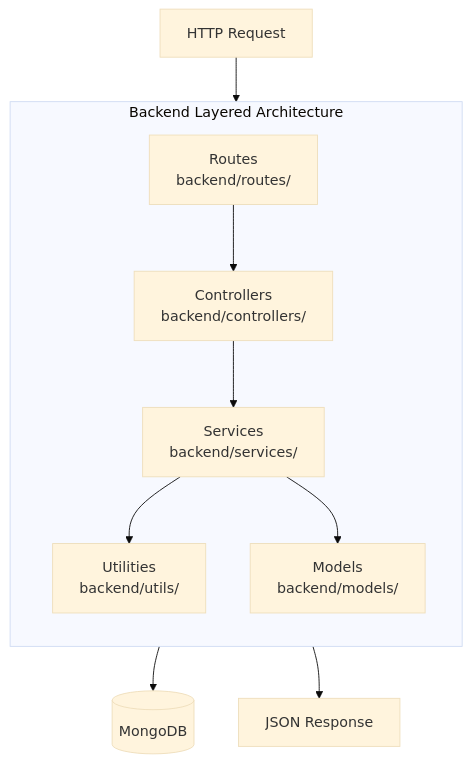
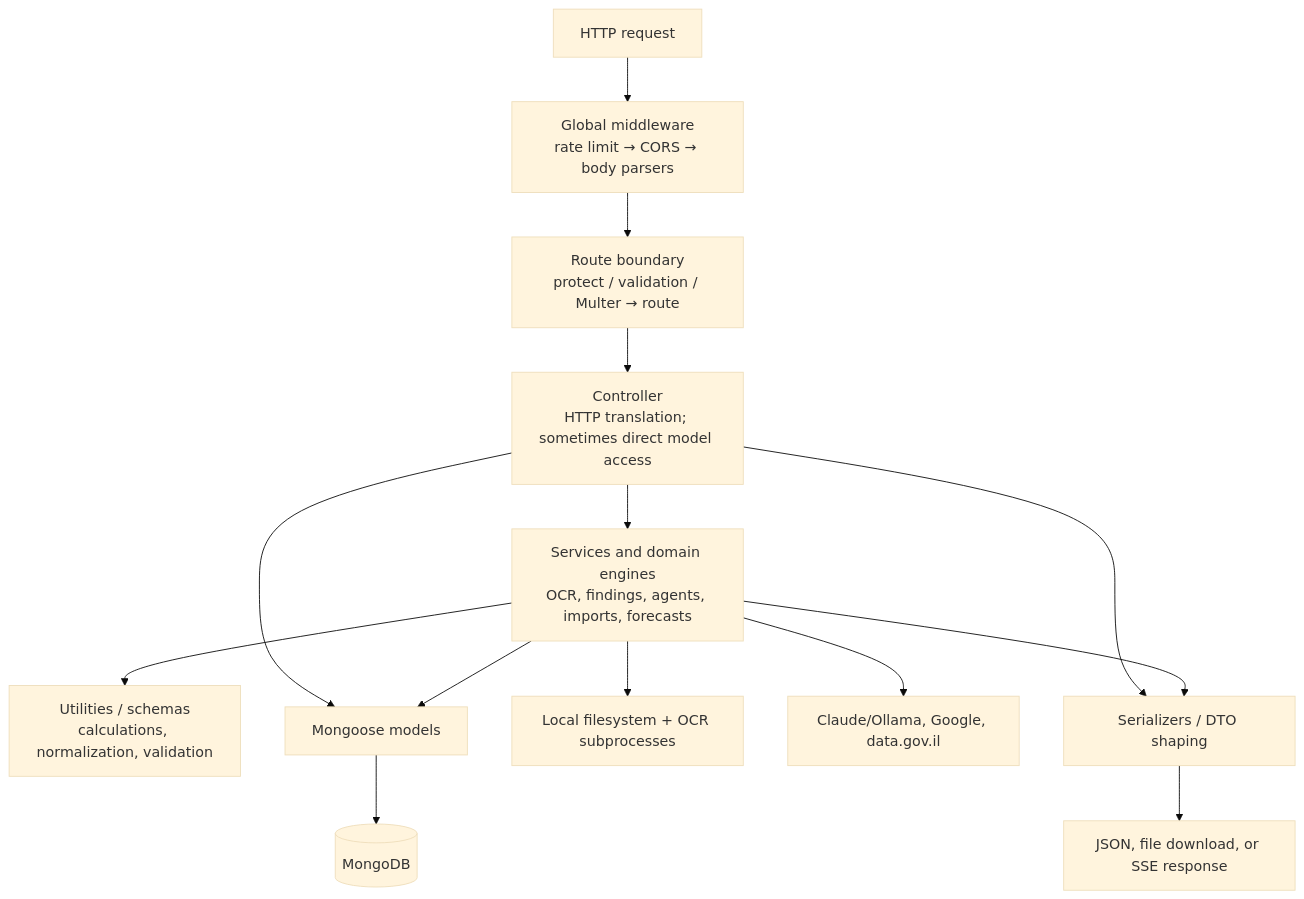
Before and after one commit to ofek1210/FinGuide: the diagram in Final_Project_Book/figures/src/fig03-backend-layers.mmd, drawn with Mermaid (base theme). The commit also changed 44 other files, not shown here.

```diff
--- a/Final_Project_Book/figures/src/fig03-backend-layers.mmd
+++ b/Final_Project_Book/figures/src/fig03-backend-layers.mmd
@@ -1,17 +1,23 @@
 flowchart TB
-  subgraph layers [Backend Layered Architecture]
-    direction TB
-    Routes["Routes\nbackend/routes/"]
-    Controllers["Controllers\nbackend/controllers/"]
-    Services["Services\nbackend/services/"]
-    Utils["Utilities\nbackend/utils/"]
-    Models["Models\nbackend/models/"]
-  end
+  Request["HTTP request"]
+  Global["Global middleware\nrate limit → CORS → body parsers"]
+  Route["Route boundary\nprotect / validation / Multer → route"]
+  Controller["Controller\nHTTP translation; sometimes direct model access"]
+  Service["Services and domain engines\nOCR, findings, agents, imports, forecasts"]
+  Utility["Utilities / schemas\ncalculations, normalization, validation"]
+  Model["Mongoose models"]
+  Mongo[(MongoDB)]
+  Local["Local filesystem + OCR subprocesses"]
+  External["Claude/Ollama, Google, data.gov.il"]
+  Shape["Serializers / DTO shaping"]
+  Response["JSON, file download, or SSE response"]
 
-  HTTP["HTTP Request"] --> Routes
-  Routes --> Controllers
-  Controllers --> Services
-  Services --> Utils
-  Services --> Models
-  Models --> MongoDB[(MongoDB)]
-  Controllers --> HTTPResp["JSON Response"]
+  Request --> Global --> Route --> Controller
+  Controller --> Service
+  Controller --> Model
+  Service --> Utility
+  Service --> Model --> Mongo
+  Service --> Local
+  Service --> External
+  Controller --> Shape --> Response
+  Service --> Shape
```
